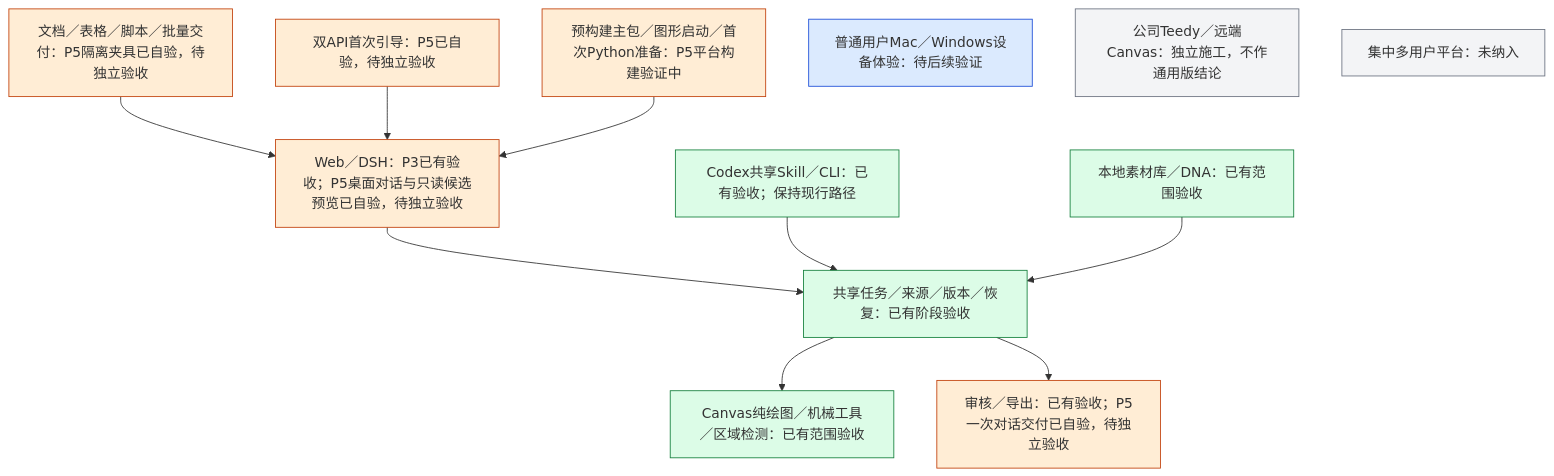
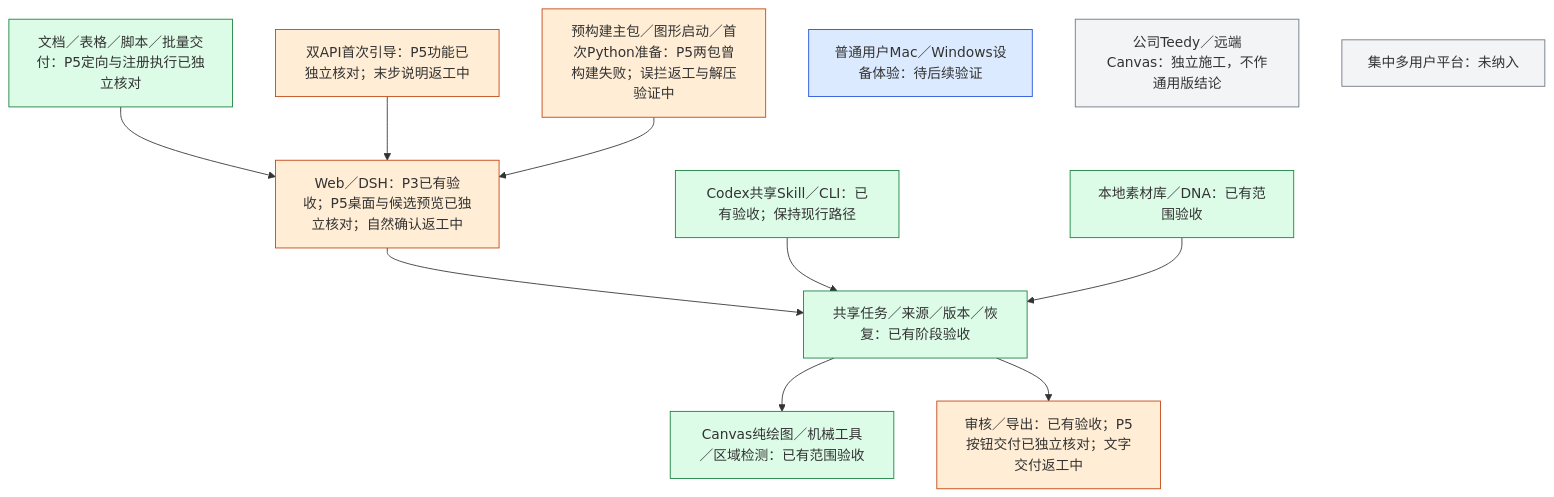
Before and after one commit to akechi0819-lgtm/creative-Agent-studio: the first of 3 diagrams in docs/工程进度.md, drawn with Mermaid. The commit also changed other lines of this file and 13 other files, not shown here.

````diff
--- a/docs/工程进度.md
+++ b/docs/工程进度.md
@@ -9,22 +9,22 @@
 ```mermaid
 flowchart TB
-    WEB["Web／DSH：P3已有验收；P5桌面对话与只读候选预览已自验，待独立验收"] --> CORE["共享任务／来源／版本／恢复：已有阶段验收"]
+    WEB["Web／DSH：P3已有验收；P5桌面与候选预览已独立核对；自然确认返工中"] --> CORE["共享任务／来源／版本／恢复：已有阶段验收"]
     CODEX["Codex共享Skill／CLI：已有验收；保持现行路径"] --> CORE
     LIB["本地素材库／DNA：已有范围验收"] --> CORE
     CORE --> CANVAS["Canvas纯绘图／机械工具／区域检测：已有范围验收"]
-    CORE --> EXPORT["审核／导出：已有验收；P5一次对话交付已自验，待独立验收"]
-    TOOLS["文档／表格／脚本／批量交付：P5隔离夹具已自验，待独立验收"] --> WEB
-    SETUP["双API首次引导：P5已自验，待独立验收"] --> WEB
-    DIST["预构建主包／图形启动／首次Python准备：P5平台构建验证中"] --> WEB
+    CORE --> EXPORT["审核／导出：已有验收；P5按钮交付已独立核对；文字交付返工中"]
+    TOOLS["文档／表格／脚本／批量交付：P5定向与注册执行已独立核对"] --> WEB
+    SETUP["双API首次引导：P5功能已独立核对；末步说明返工中"] --> WEB
+    DIST["预构建主包／图形启动／首次Python准备：P5两包曾构建失败；误拦返工与解压验证中"] --> WEB
     NEXT["普通用户Mac／Windows设备体验：待后续验证"]
     COMPANY["公司Teedy／远端Canvas：独立施工，不作通用版结论"]
     FUTURE["集中多用户平台：未纳入"]
     classDef done fill:#dcfce7,stroke:#15803d;
     classDef current fill:#ffedd5,stroke:#c2410c;
     classDef next fill:#dbeafe,stroke:#1d4ed8;
     classDef later fill:#f3f4f6,stroke:#6b7280;
-    class CORE,CODEX,LIB,CANVAS done;
-    class WEB,EXPORT,TOOLS,SETUP,DIST current;
+    class CORE,CODEX,LIB,CANVAS,TOOLS done;
+    class WEB,EXPORT,SETUP,DIST current;
     class NEXT next;
     class COMPANY,FUTURE later;
 ```
````
